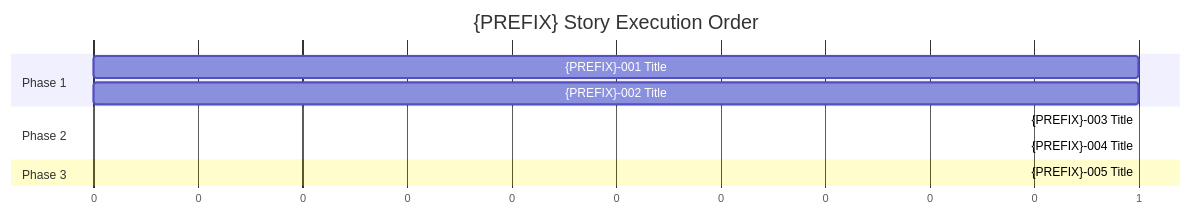
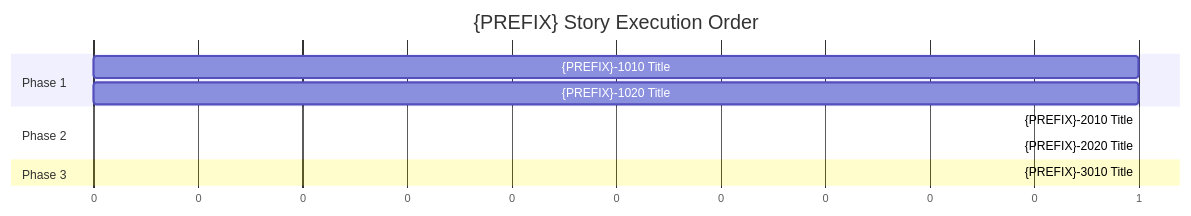
The diagram in .claude/docs/pm-bootstrap-workflow-reference.md (michael-menard/monorepo), drawn with Mermaid before and after one commit. The commit also changed other lines of this file and 87 other files, not shown here.

````diff
--- a/.claude/docs/pm-bootstrap-workflow-reference.md
+++ b/.claude/docs/pm-bootstrap-workflow-reference.md
@@ -358,17 +360,17 @@
 ```mermaid
 gantt
     title {PREFIX} Story Execution Order
     dateFormat X
     axisFormat %s
 
     section Phase 1
-    {PREFIX}-001 Title    :s001, 0, 1
-    {PREFIX}-002 Title    :s002, 0, 1
+    {PREFIX}-1010 Title    :s1010, 0, 1
+    {PREFIX}-1020 Title    :s1020, 0, 1
 
     section Phase 2
-    {PREFIX}-003 Title    :s003, after s001, 1
-    {PREFIX}-004 Title    :s004, after s001 s002, 1
+    {PREFIX}-2010 Title    :s2010, after s1010, 1
+    {PREFIX}-2020 Title    :s2020, after s1010 s1020, 1
 
     section Phase 3
-    {PREFIX}-005 Title    :s005, after s003 s004, 1
+    {PREFIX}-3010 Title    :s3010, after s2010 s2020, 1
 ```
````
